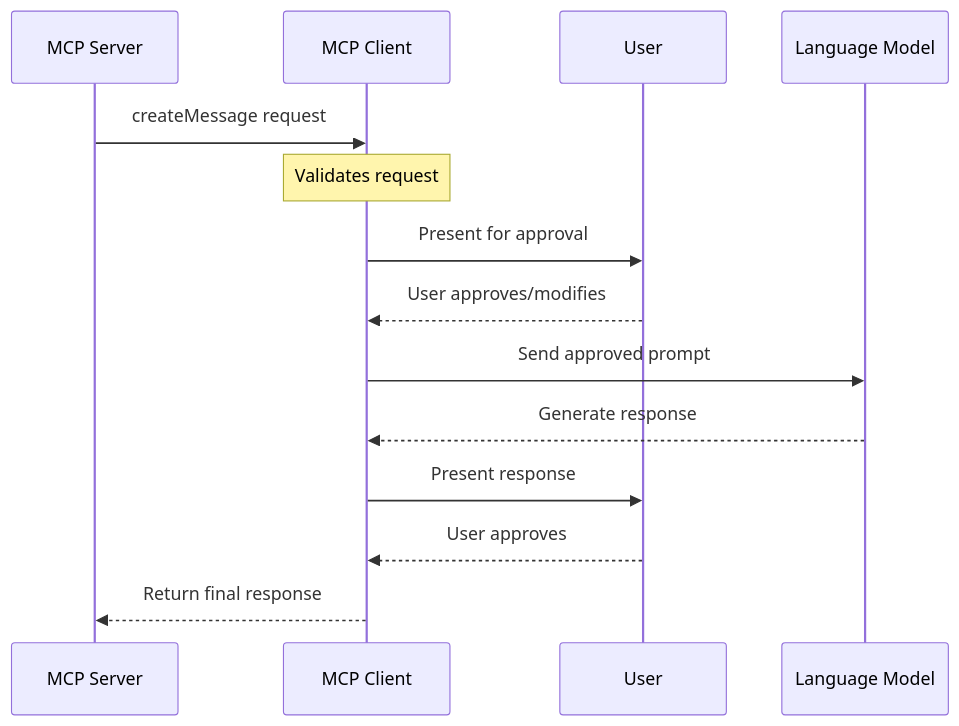
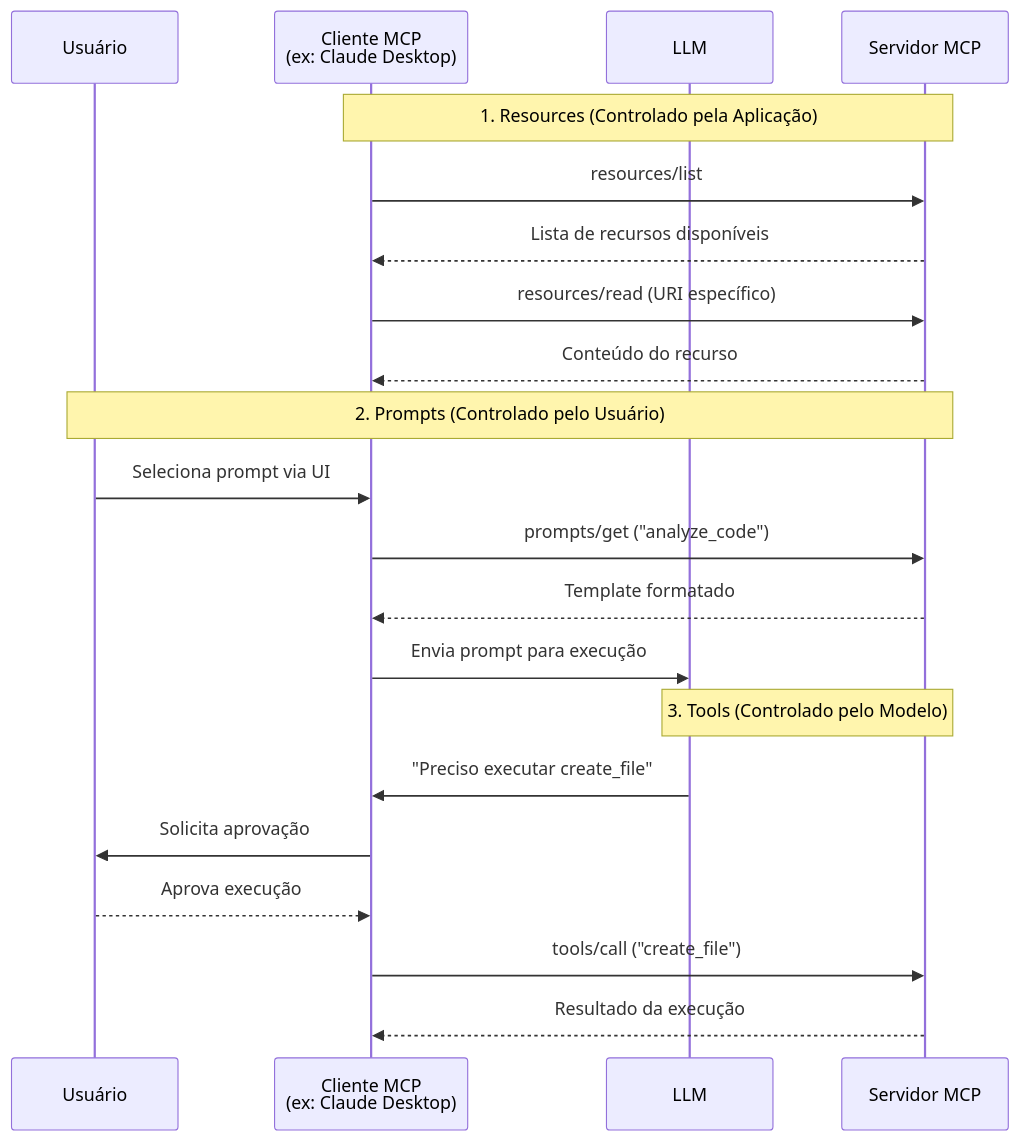
Before and after one commit to felipepimentel/my-public-notes: the seventh of 16 diagrams in AI/Comunicação/MCP/00-mcp-presentation-zero to hero.md, drawn with Mermaid. The commit also changed other lines of this file, not shown here.

````diff
--- a/AI/Comunicação/MCP/00-mcp-presentation-zero to hero.md
+++ b/AI/Comunicação/MCP/00-mcp-presentation-zero to hero.md
@@ -274,17 +151,26 @@
 ```mermaid
 sequenceDiagram
-    participant S as MCP Server
-    participant C as MCP Client
-    participant U as User
-    participant LLM as Language Model
+    participant U as Usuário
+    participant C as Cliente MCP<br/>(ex: Claude Desktop)
+    participant L as LLM
+    participant S as Servidor MCP
     
-    S->>C: createMessage request
-    Note over C: Validates request
-    C->>U: Present for approval
-    U-->>C: User approves/modifies
-    C->>LLM: Send approved prompt
-    LLM-->>C: Generate response
-    C->>U: Present response
-    U-->>C: User approves
-    C-->>S: Return final response
+    Note over C,S: 1. Resources (Controlado pela Aplicação)
+    C->>S: resources/list
+    S-->>C: Lista de recursos disponíveis
+    C->>S: resources/read (URI específico)
+    S-->>C: Conteúdo do recurso
+    
+    Note over U,S: 2. Prompts (Controlado pelo Usuário)
+    U->>C: Seleciona prompt via UI
+    C->>S: prompts/get ("analyze_code")
+    S-->>C: Template formatado
+    C->>L: Envia prompt para execução
+    
+    Note over L,S: 3. Tools (Controlado pelo Modelo)
+    L->>C: "Preciso executar create_file"
+    C->>U: Solicita aprovação
+    U-->>C: Aprova execução
+    C->>S: tools/call ("create_file")
+    S-->>C: Resultado da execução
 ```
````
